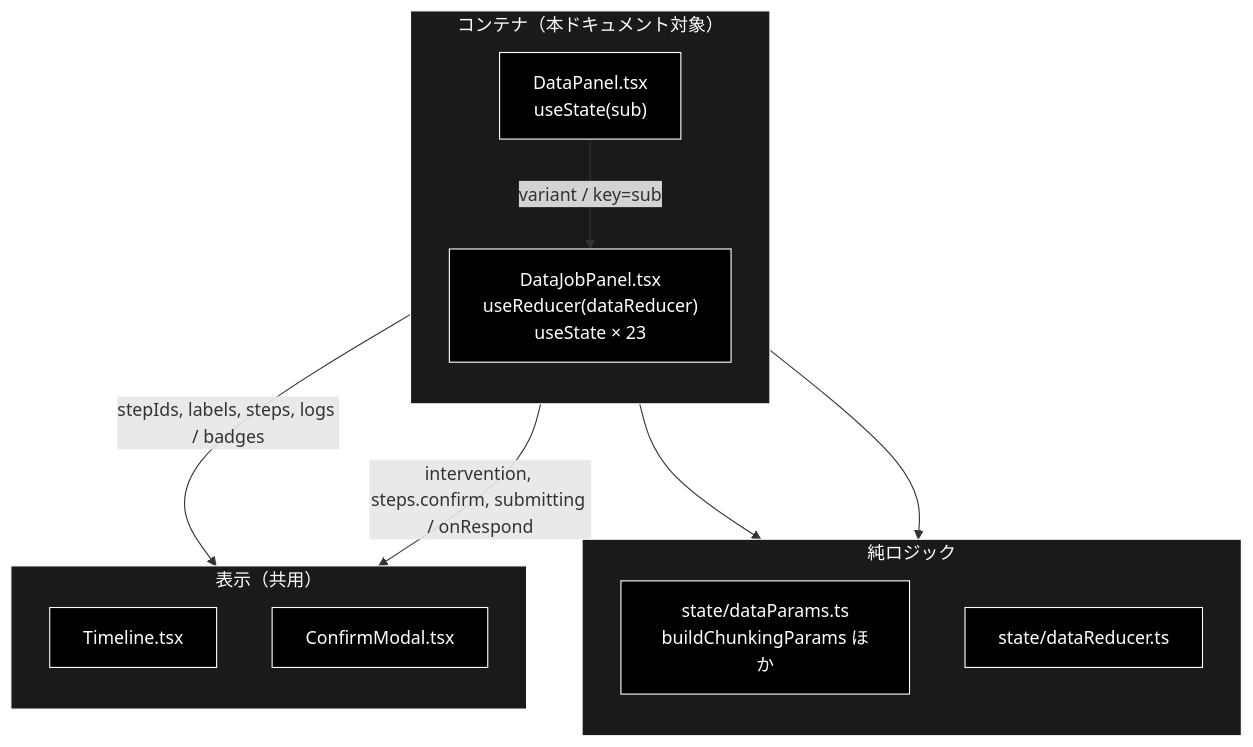
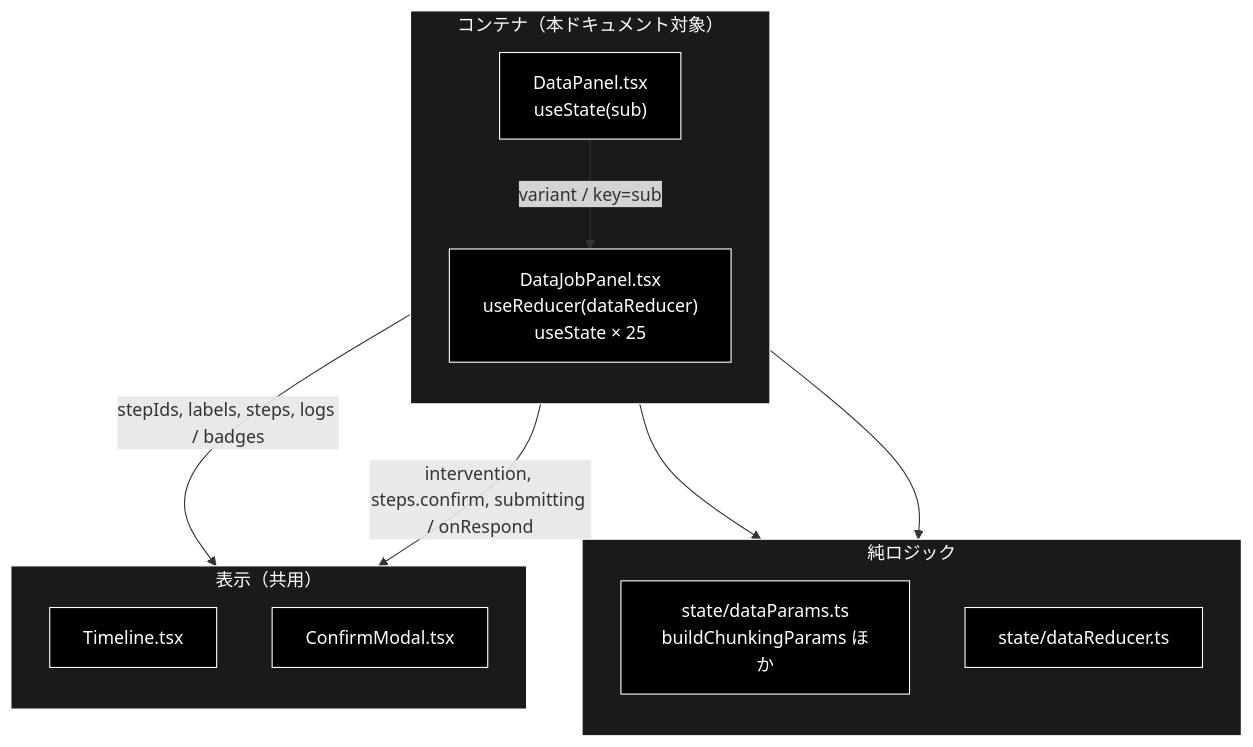
One commit to nakashima2toshio/grace_v2 changed the first of 4 diagrams in frontend/docs/DataJobPanel.md. Above: the diagram before and after it, drawn with Mermaid. The commit also changed other lines of this file and 69 other files, not shown here.

````diff
--- a/frontend/docs/DataJobPanel.md
+++ b/frontend/docs/DataJobPanel.md
@@ -71,29 +71,29 @@
 ```mermaid
 flowchart TB
     subgraph Container["コンテナ（本ドキュメント対象）"]
         direction TB
         DP["DataPanel.tsx<br>useState(sub)"]
-        DJ["DataJobPanel.tsx<br>useReducer(dataReducer)<br>useState × 23"]
+        DJ["DataJobPanel.tsx<br>useReducer(dataReducer)<br>useState × 25"]
     end
     subgraph Logic["純ロジック"]
         direction TB
         PARAMS["state/dataParams.ts<br>buildChunkingParams ほか"]
         RED["state/dataReducer.ts"]
     end
     subgraph Presentational["表示（共用）"]
         direction TB
         TL["Timeline.tsx"]
         CM["ConfirmModal.tsx"]
     end
     DP -->|"variant / key=sub"| DJ
     DJ --> PARAMS
     DJ --> RED
     DJ -->|"stepIds, labels, steps, logs / badges"| TL
     DJ -->|"intervention, steps.confirm, submitting / onRespond"| CM
 classDef default fill:#000,stroke:#fff,color:#fff
 classDef subgraphStyle fill:#1a1a1a,stroke:#fff,color:#fff
 class DP,DJ,PARAMS,RED,TL,CM default
 style Container fill:#1a1a1a,stroke:#fff,color:#fff
 style Logic fill:#1a1a1a,stroke:#fff,color:#fff
 style Presentational fill:#1a1a1a,stroke:#fff,color:#fff
 ```
````
